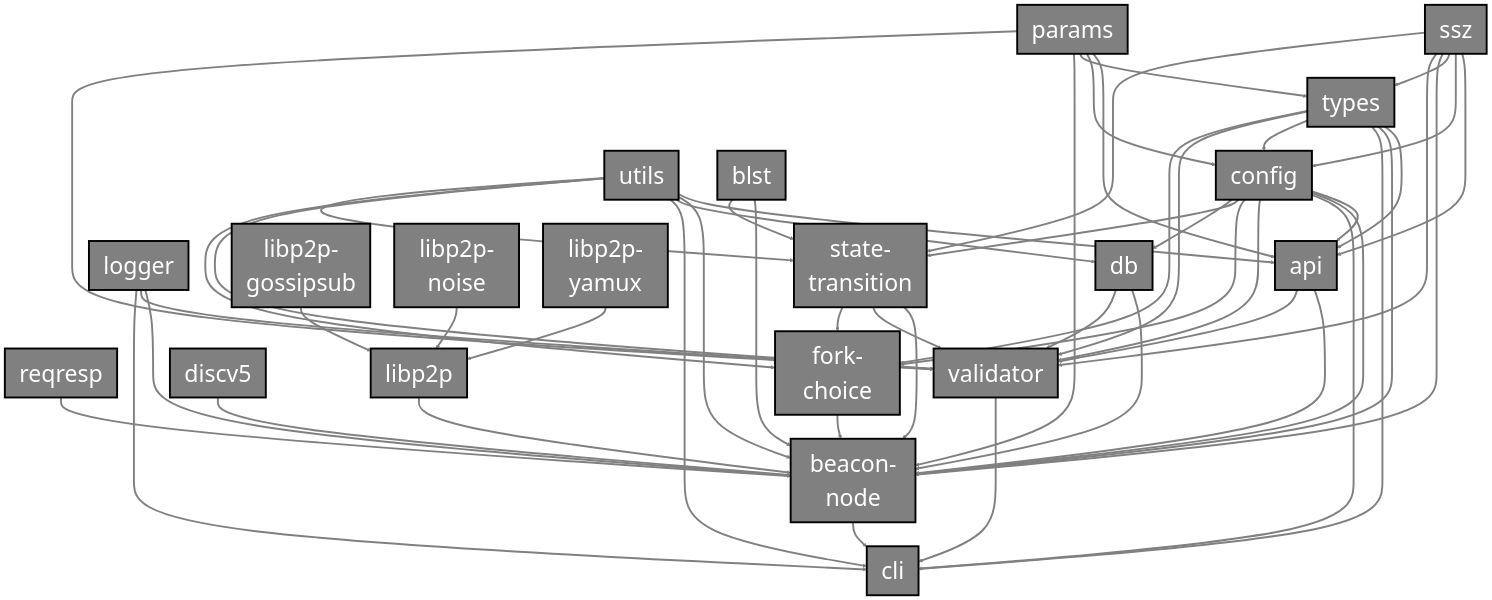
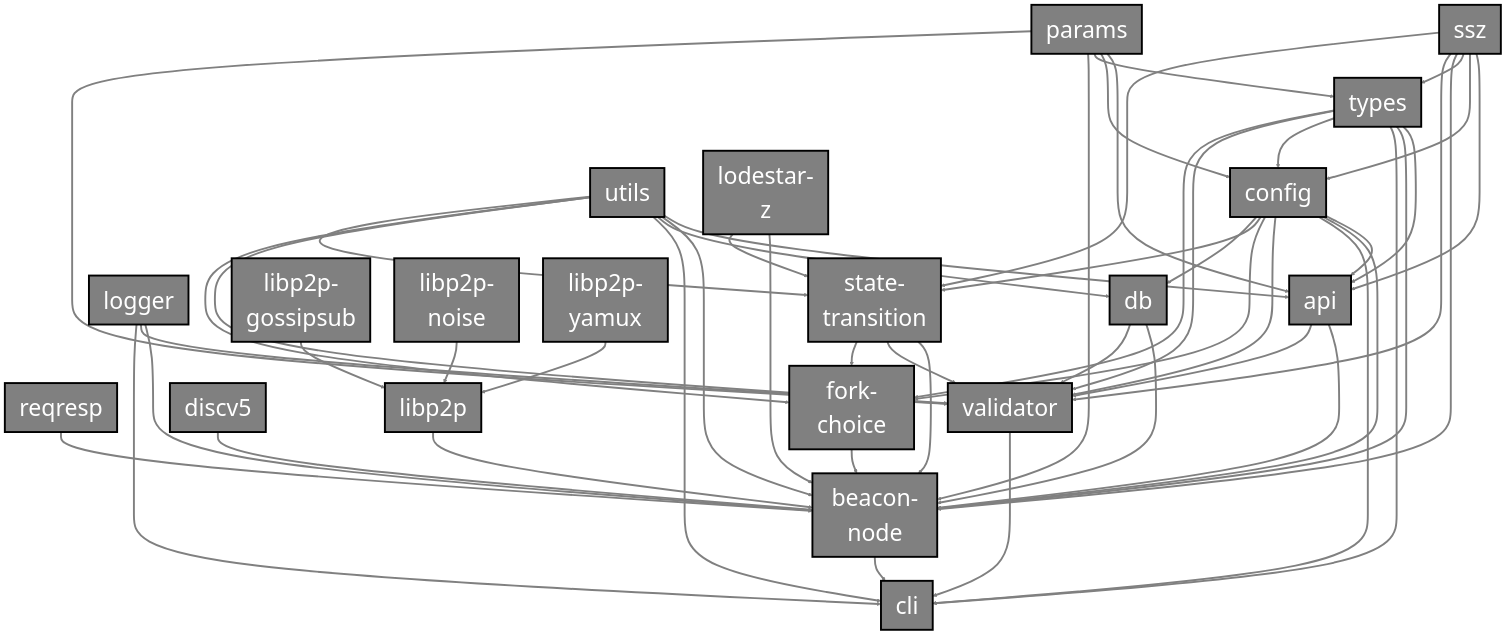
The diagram in docs/pages/contribution/depgraph.md (ChainSafe/lodestar), drawn with Mermaid before and after one commit. The commit also changed other lines of this file and 7 other files, not shown here.

```diff
--- a/docs/pages/contribution/depgraph.md
+++ b/docs/pages/contribution/depgraph.md
@@ -26,7 +26,7 @@
     validator["validator"]:::nodemodule
     state-transition["state-transition"]:::nodemodule
     ssz["ssz"]:::nodemodule
-    blst["blst"]:::nodemodule
+    lodestar-z["lodestar-z"]:::nodemodule
     discv5["discv5"]:::nodemodule
     libp2p["libp2p"]:::nodemodule
     libp2p-gossipsub["libp2p-gossipsub"]:::nodemodule
@@ -40,8 +40,8 @@
     ssz-->validator
     ssz-->state-transition
 
-    blst-->beacon-node
-    blst-->state-transition
+    lodestar-z-->beacon-node
+    lodestar-z-->state-transition
 
     discv5-->beacon-node
 
@@ -114,7 +114,7 @@
     click utils "https://github.com/ChainSafe/lodestar/tree/unstable/packages/utils"
     click config "https://github.com/ChainSafe/lodestar/tree/unstable/packages/config"
     click ssz "https://github.com/ChainSafe/ssz"
-    click blst "https://github.com/ChainSafe/blst-ts"
+    click lodestar-z "https://github.com/ChainSafe/lodestar-z"
     click discv5 "https://github.com/ChainSafe/discv5"
     click libp2p "https://github.com/libp2p/js-libp2p"
     click libp2p-gossipsub "https://github.com/ChainSafe/js-libp2p-gossipsub"
```
